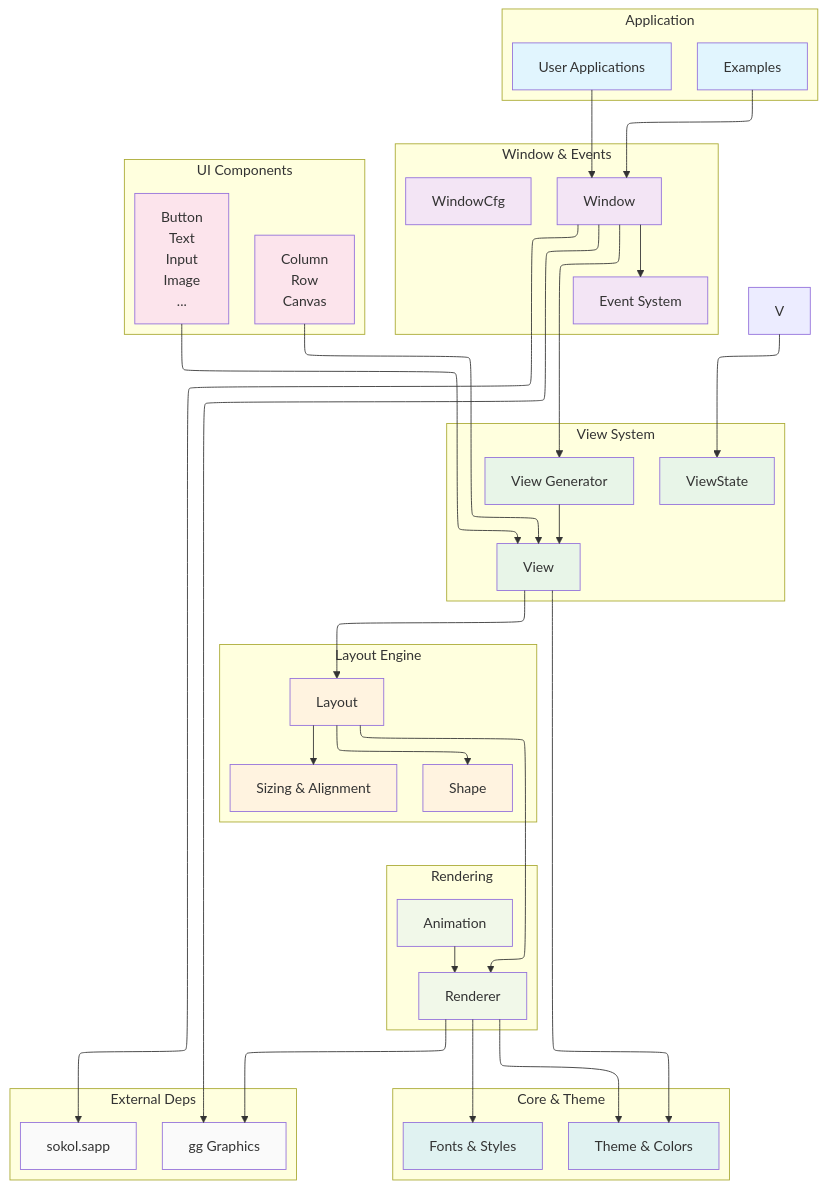
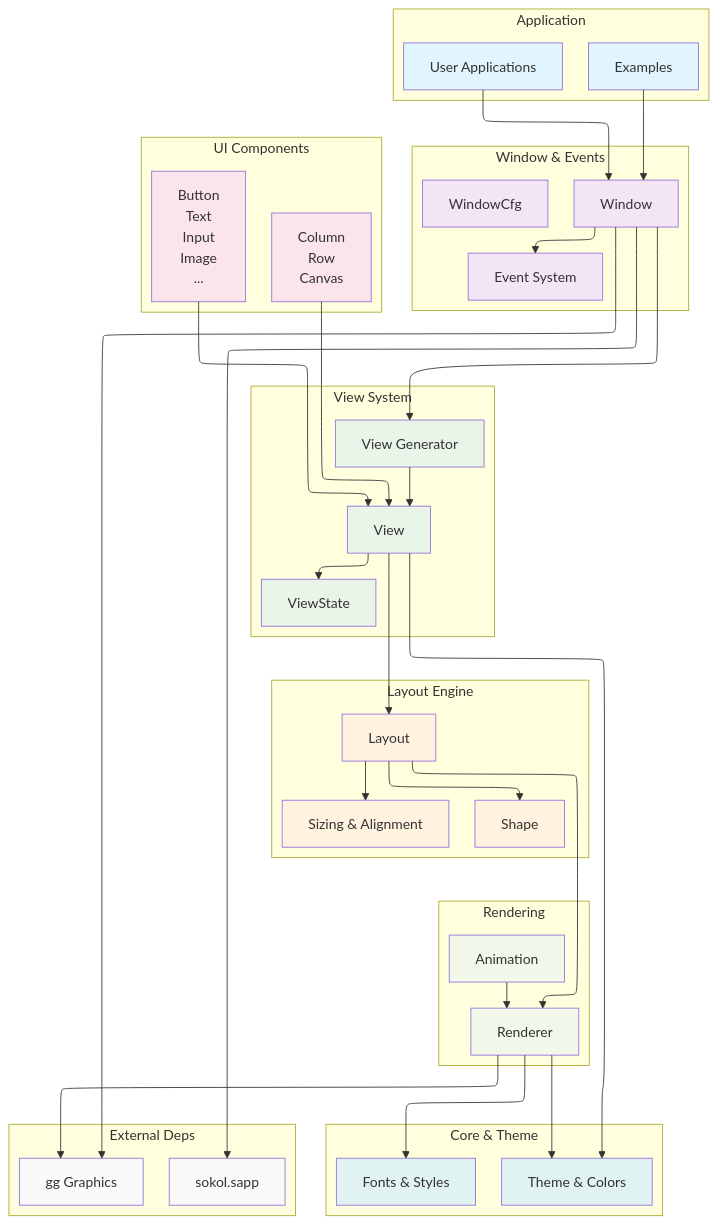
The diagram in README.md (vlang/gui), drawn with Mermaid before and after one commit.

Commit message:
Rename 'V' to 'VIEW' in state diagram

```diff
--- a/README.md
+++ b/README.md
@@ -341,7 +341,7 @@
     EX --> WIN
     WIN --> EVT
     WIN --> GEN
-    V --> STATE
+    VIEW --> STATE
     GEN --> VIEW
     VIEW --> LAY
     LAY --> SHAPE
```
